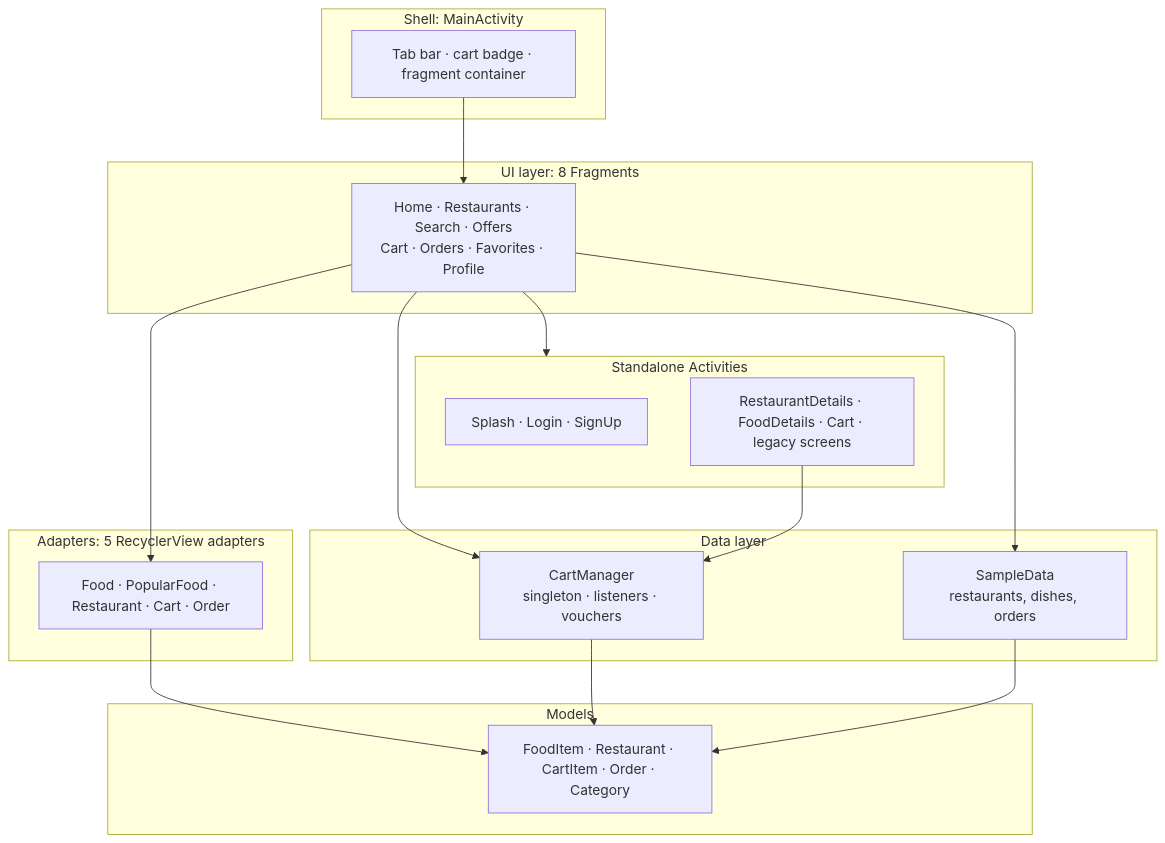
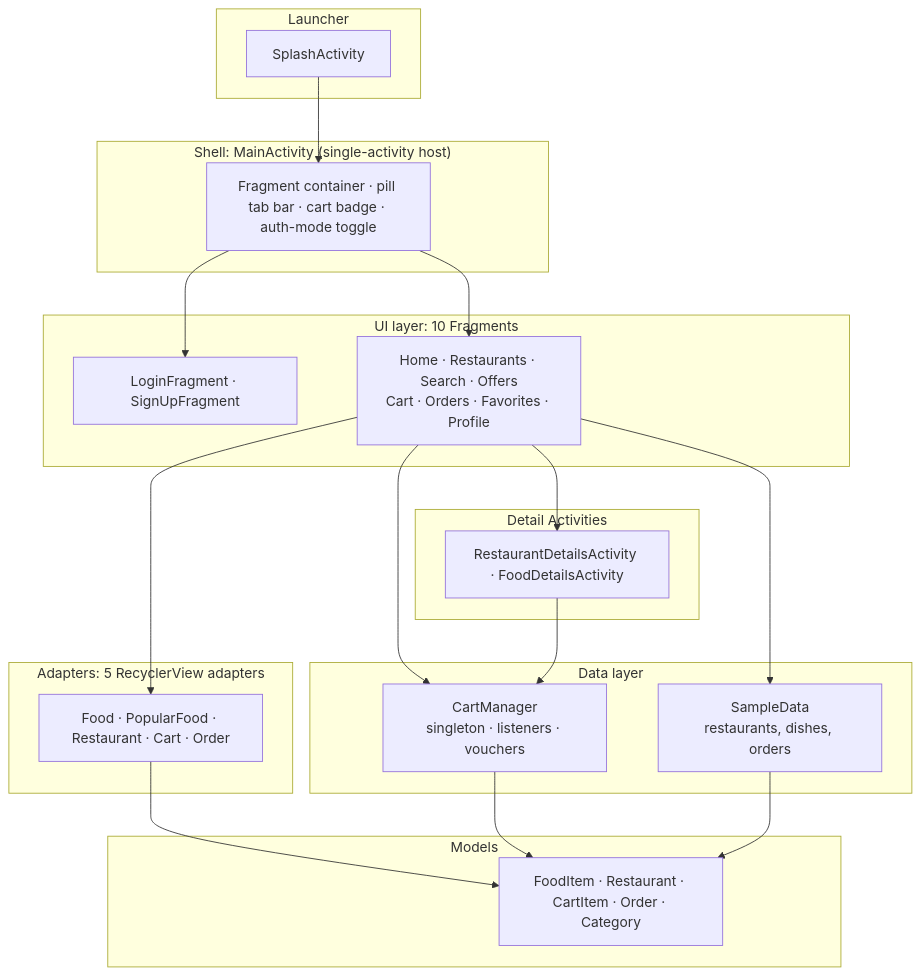
One commit to furqanzubair209-cell/mobile-app-development-coursework changed the second of 2 diagrams in README.md. Above: the diagram before and after it, drawn with Mermaid. The commit also changed other lines of this file, not shown here.

First line of the commit message:
Revise README for single-activity architecture

````diff
--- a/README.md
+++ b/README.md
@@ -168,32 +173,37 @@
 ```mermaid
 flowchart TB
-    subgraph SHELL["Shell: MainActivity"]
-        MA[Tab bar · cart badge · fragment container]
+    subgraph LAUNCH["Launcher"]
+        SP[SplashActivity]
     end
-    subgraph FR["UI layer: 8 Fragments"]
-        FRG[Home · Restaurants · Search · Offers<br/>Cart · Orders · Favorites · Profile]
+    subgraph SHELL["Shell: MainActivity (single-activity host)"]
+        MA[Fragment container · pill tab bar · cart badge · auth-mode toggle]
     end
-    subgraph ACT["Standalone Activities"]
-        A1[Splash · Login · SignUp]
-        A2[RestaurantDetails · FoodDetails · Cart · legacy screens]
+    subgraph FR["UI layer: 10 Fragments"]
+        AUTH[LoginFragment · SignUpFragment]
+        TABS[Home · Restaurants · Search · Offers<br/>Cart · Orders · Favorites · Profile]
+    end
+    subgraph DET["Detail Activities"]
+        DA[RestaurantDetailsActivity · FoodDetailsActivity]
     end
     subgraph AD["Adapters: 5 RecyclerView adapters"]
         ADP[Food · PopularFood · Restaurant · Cart · Order]
     end
     subgraph DATA["Data layer"]
         CM[CartManager<br/>singleton · listeners · vouchers]
         SD[SampleData<br/>restaurants, dishes, orders]
     end
     subgraph MODEL["Models"]
         M[FoodItem · Restaurant · CartItem · Order · Category]
     end
-    MA --> FRG
-    FRG --> ADP
-    FRG --> CM
-    FRG --> SD
-    FRG --> ACT
-    A2 --> CM
+    SP --> MA
+    MA --> AUTH
+    MA --> TABS
+    TABS --> ADP
+    TABS --> CM
+    TABS --> SD
+    TABS --> DA
+    DA --> CM
     ADP --> M
     CM --> M
     SD --> M
 ```
````
